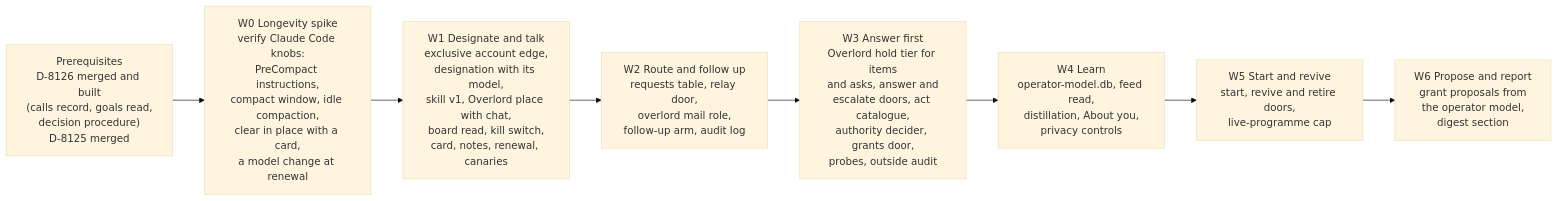
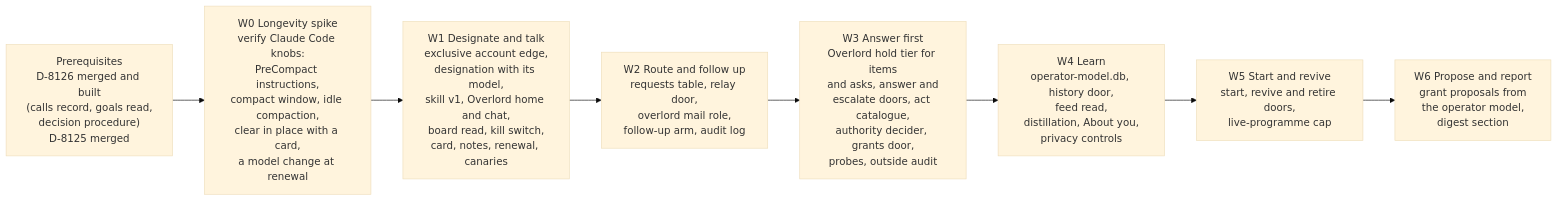
The eighth of 8 diagrams in docs/superpowers/specs/2026-11-09-overlord-design.md (Synapsium-Labs/ccrc-pwa), drawn with Mermaid (base theme) before and after one commit. The commit also changed other lines of this file, not shown here.

First line of the commit message:
docs(spec): the Overlord is the home, reads everything, never moves (R9-R11)

````diff
--- a/docs/superpowers/specs/2026-11-09-overlord-design.md
+++ b/docs/superpowers/specs/2026-11-09-overlord-design.md
@@ -1203,11 +1239,11 @@
 ```mermaid
 flowchart LR
   P0["Prerequisites<br/>D-8126 merged and built<br/>(calls record, goals read,<br/>decision procedure)<br/>D-8125 merged"] --> W0
   W0["W0 Longevity spike<br/>verify Claude Code knobs:<br/>PreCompact instructions,<br/>compact window, idle compaction,<br/>clear in place with a card,<br/>a model change at renewal"] --> W1
-  W1["W1 Designate and talk<br/>exclusive account edge,<br/>designation with its model,<br/>skill v1, Overlord place with chat,<br/>board read, kill switch,<br/>card, notes, renewal, canaries"] --> W2
+  W1["W1 Designate and talk<br/>exclusive account edge,<br/>designation with its model,<br/>skill v1, Overlord home and chat,<br/>board read, kill switch,<br/>card, notes, renewal, canaries"] --> W2
   W2["W2 Route and follow up<br/>requests table, relay door,<br/>overlord mail role,<br/>follow-up arm, audit log"] --> W3
   W3["W3 Answer first<br/>Overlord hold tier for items<br/>and asks, answer and<br/>escalate doors, act catalogue,<br/>authority decider, grants door,<br/>probes, outside audit"] --> W4
-  W4["W4 Learn<br/>operator-model.db, feed read,<br/>distillation, About you,<br/>privacy controls"] --> W5
+  W4["W4 Learn<br/>operator-model.db, history door,<br/>feed read,<br/>distillation, About you,<br/>privacy controls"] --> W5
   W5["W5 Start and revive<br/>start, revive and retire doors,<br/>live-programme cap"] --> W6
   W6["W6 Propose and report<br/>grant proposals from<br/>the operator model,<br/>digest section"]
 ```
````
